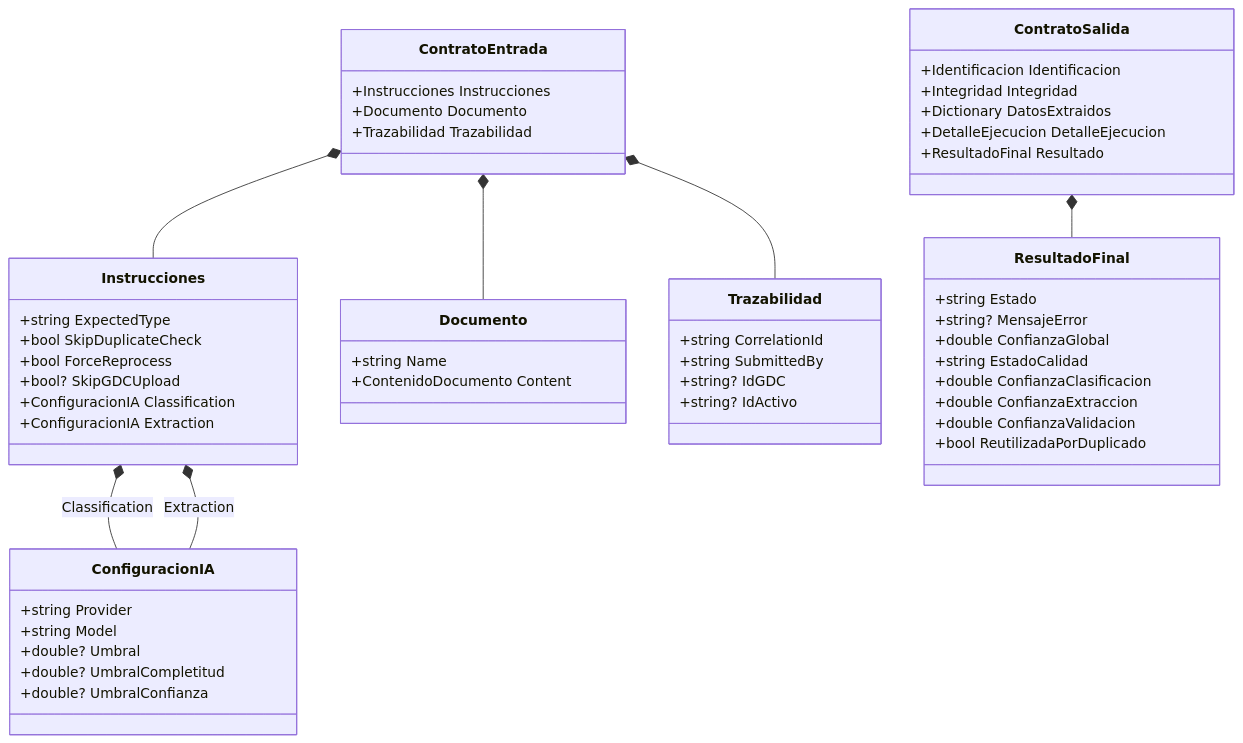
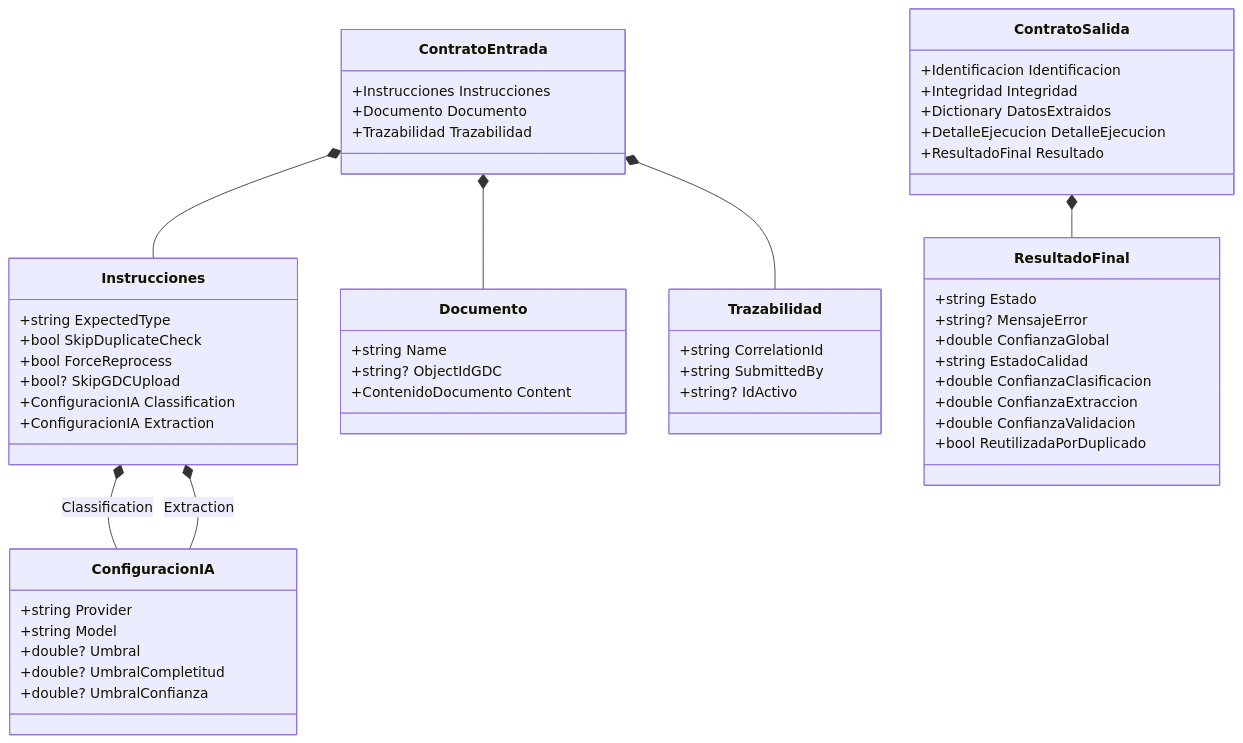
Before and after one commit to nvcrisologo02/AI-DocClassExt: the fourth of 11 diagrams in docs/03_DISENO_TECNICO_DETALLADO.md, drawn with Mermaid. The commit also changed other lines of this file and 7 other files, not shown here.

First line of the commit message:
docs: actualiza contrato y manuales para objectIdGDC y reglas de entrada AB#99141

````diff
--- a/docs/03_DISENO_TECNICO_DETALLADO.md
+++ b/docs/03_DISENO_TECNICO_DETALLADO.md
@@ -246,63 +246,63 @@
 ```mermaid
 classDiagram
     class ContratoEntrada {
         +Instrucciones Instrucciones
         +Documento Documento
         +Trazabilidad Trazabilidad
     }
 
     class Instrucciones {
         +string ExpectedType
         +bool SkipDuplicateCheck
         +bool ForceReprocess
         +bool? SkipGDCUpload
         +ConfiguracionIA Classification
         +ConfiguracionIA Extraction
     }
 
     class ConfiguracionIA {
         +string Provider
         +string Model
         +double? Umbral
         +double? UmbralCompletitud
         +double? UmbralConfianza
     }
 
     class Documento {
         +string Name
+      +string? ObjectIdGDC
         +ContenidoDocumento Content
     }
 
     class Trazabilidad {
         +string CorrelationId
         +string SubmittedBy
-        +string? IdGDC
         +string? IdActivo
     }
 
     class ContratoSalida {
         +Identificacion Identificacion
         +Integridad Integridad
         +Dictionary DatosExtraidos
         +DetalleEjecucion DetalleEjecucion
         +ResultadoFinal Resultado
     }
 
     class ResultadoFinal {
         +string Estado
         +string? MensajeError
         +double ConfianzaGlobal
         +string EstadoCalidad
         +double ConfianzaClasificacion
         +double ConfianzaExtraccion
         +double ConfianzaValidacion
         +bool ReutilizadaPorDuplicado
     }
 
     ContratoEntrada *-- Instrucciones
     ContratoEntrada *-- Documento
     ContratoEntrada *-- Trazabilidad
     Instrucciones *-- ConfiguracionIA : Classification
     Instrucciones *-- ConfiguracionIA : Extraction
     ContratoSalida *-- ResultadoFinal
 ```
````
